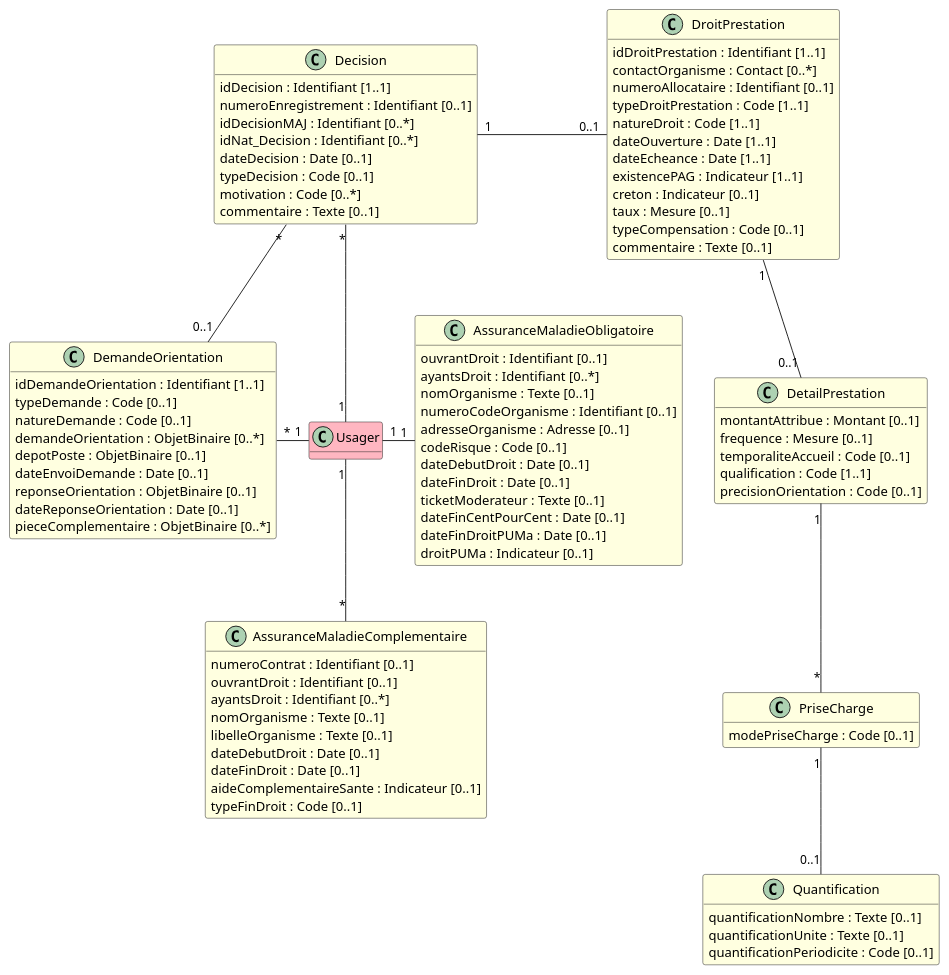
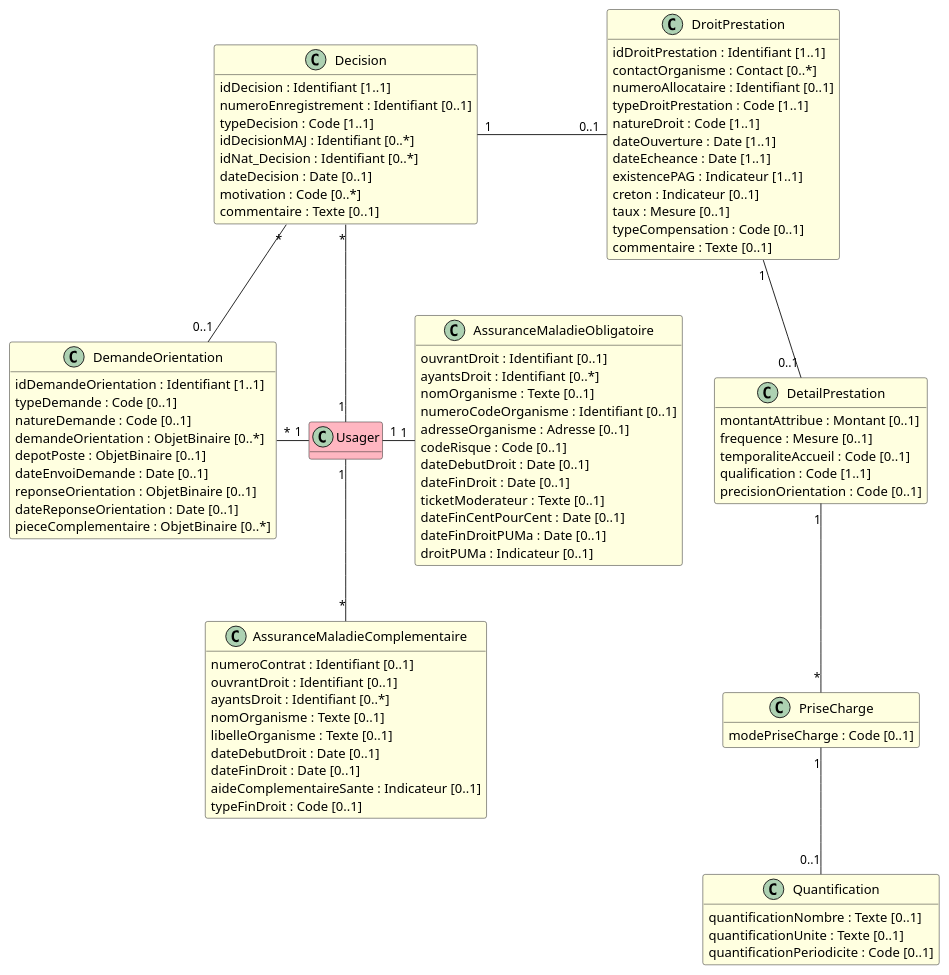
Before and after one commit to ansforge/IG-fhir-medicosocial-transfert-donnees-dui: the diagram in input/images-source/bloc_droits_sociaux_sante.plantuml, drawn with PlantUML. The commit also changed 1 other file, not shown here.

```diff
--- a/input/images-source/bloc_droits_sociaux_sante.plantuml
+++ b/input/images-source/bloc_droits_sociaux_sante.plantuml
@@ -1,102 +1,102 @@
 @startuml
 
 hide empty methods
 
 class Usager #LightPink
 
 class AssuranceMaladieComplementaire #LightYellow {
     numeroContrat : Identifiant [0..1]
     ouvrantDroit : Identifiant [0..1]
     ayantsDroit : Identifiant [0..*]
     nomOrganisme : Texte [0..1]
     libelleOrganisme : Texte [0..1]
     dateDebutDroit : Date [0..1]
     dateFinDroit : Date [0..1]
     aideComplementaireSante : Indicateur [0..1]
     typeFinDroit : Code [0..1]
 
 }
 
 class AssuranceMaladieObligatoire #LightYellow {
     ouvrantDroit : Identifiant [0..1]
     ayantsDroit : Identifiant [0..*]
     nomOrganisme : Texte [0..1]
     numeroCodeOrganisme : Identifiant [0..1]
     adresseOrganisme : Adresse [0..1]
     codeRisque : Code [0..1]
     dateDebutDroit : Date [0..1]
     dateFinDroit : Date [0..1]
     ticketModerateur : Texte [0..1]
     dateFinCentPourCent : Date [0..1]
     dateFinDroitPUMa : Date [0..1]
     droitPUMa : Indicateur [0..1]
 }
 
 class DemandeOrientation #LightYellow {
     idDemandeOrientation : Identifiant [1..1]
     typeDemande : Code [0..1] 
     natureDemande : Code [0..1] 
     demandeOrientation : ObjetBinaire [0..*]
     depotPoste : ObjetBinaire [0..1]
     dateEnvoiDemande : Date [0..1]
     reponseOrientation : ObjetBinaire [0..1]
     dateReponseOrientation : Date [0..1]
     pieceComplementaire : ObjetBinaire [0..*]
 }
 
 class Decision #LightYellow {
     idDecision : Identifiant [1..1]
     numeroEnregistrement : Identifiant [0..1]
+    typeDecision : Code [1..1]
     idDecisionMAJ : Identifiant [0..*]
     idNat_Decision : Identifiant [0..*]
     dateDecision : Date [0..1]
-    typeDecision : Code [0..1]
     motivation : Code [0..*]
     commentaire : Texte [0..1]
 }
 
 class DroitPrestation #LightYellow {
     idDroitPrestation : Identifiant [1..1]
     contactOrganisme : Contact [0..*]
     numeroAllocataire : Identifiant [0..1]
     typeDroitPrestation : Code [1..1]
     natureDroit : Code [1..1]
     dateOuverture : Date [1..1]
     dateEcheance : Date [1..1]
     existencePAG : Indicateur [1..1]
     creton : Indicateur [0..1]
     taux : Mesure [0..1] 
     typeCompensation : Code [0..1]
     commentaire : Texte [0..1]
 }
 
 class DetailPrestation #LightYellow {
     montantAttribue : Montant [0..1]
     frequence : Mesure [0..1]
     temporaliteAccueil : Code [0..1]
     qualification : Code [1..1]
     precisionOrientation : Code [0..1]
 }
 
 class PriseCharge #LightYellow {
     modePriseCharge : Code [0..1]
 }
 
 class Quantification #LightYellow {
     quantificationNombre : Texte [0..1]
     quantificationUnite : Texte [0..1]
     quantificationPeriodicite : Code [0..1]
 }
 
 Usager "1" -- "*"  AssuranceMaladieComplementaire
 Usager "1" - "1" AssuranceMaladieObligatoire
 Decision "*" - "1" Usager
 DemandeOrientation "*" - "1" Usager
 Decision "*" -- "0..1" DemandeOrientation
 
 Decision "1" - "0..1" DroitPrestation
 DroitPrestation "1" -- "0..1" DetailPrestation
 DetailPrestation "1" -- "*" PriseCharge
 PriseCharge "1" -- "0..1" Quantification
 
 @enduml
```
